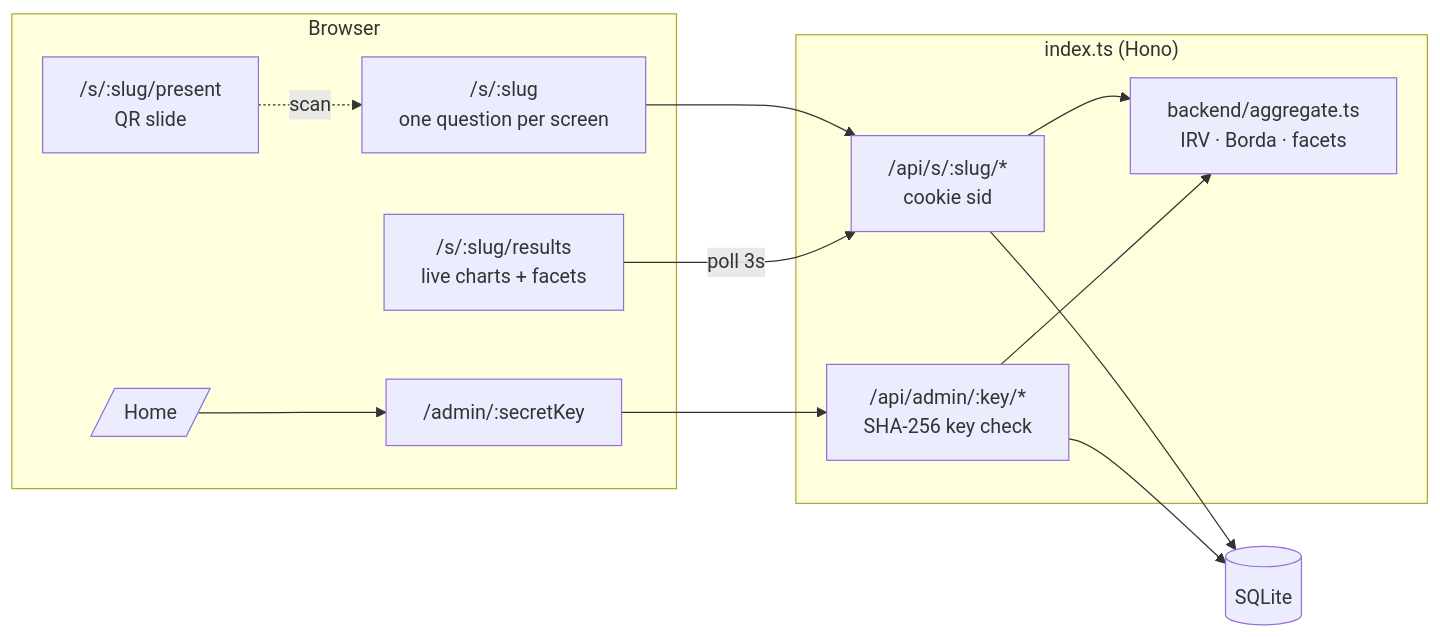
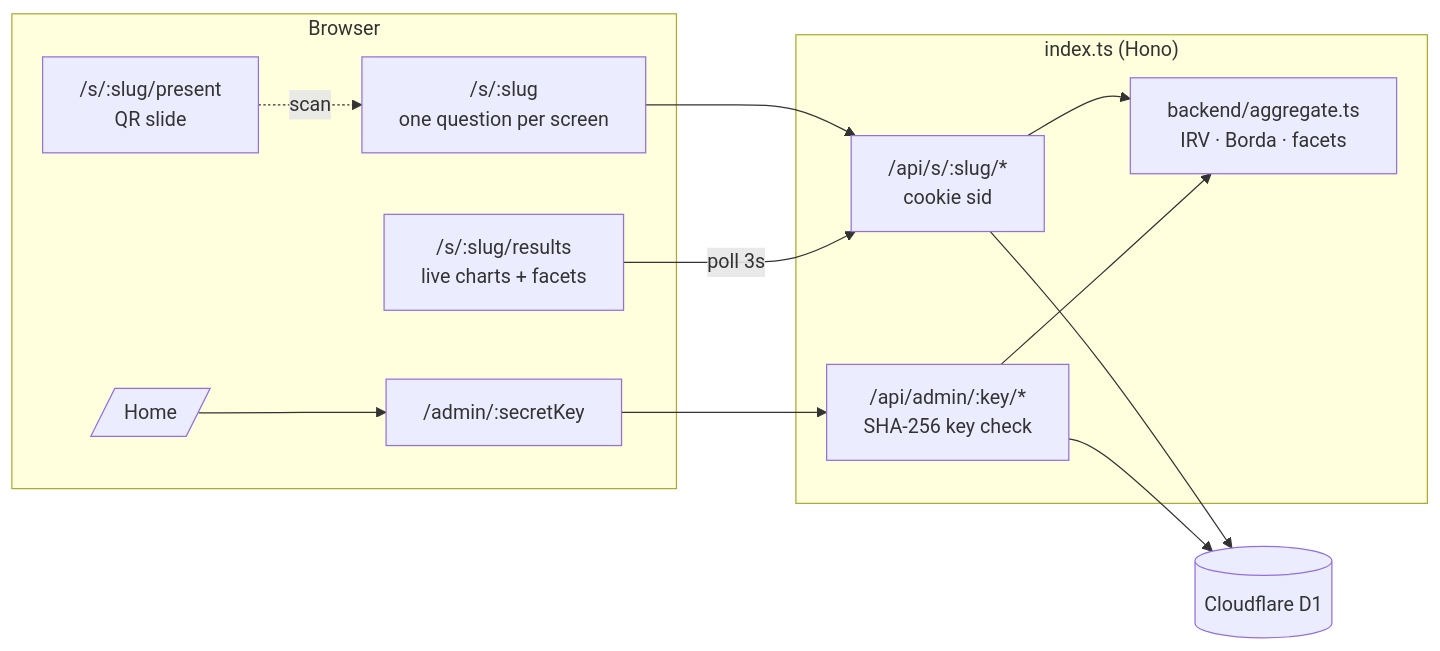
One commit to khxu/presentation-survey changed the diagram in README.md. Above: the diagram before and after it, drawn with Mermaid. The commit also changed other lines of this file and 58 other files, not shown here.

````diff
--- a/README.md
+++ b/README.md
@@ -173,17 +173,17 @@
 ```mermaid
 graph LR
   subgraph Browser
     Home[/ Home/] --> Admin["/admin/:secretKey"]
     QR["/s/:slug/present<br/>QR slide"] -.scan.-> Respond["/s/:slug<br/>one question per screen"]
     Results["/s/:slug/results<br/>live charts + facets"]
   end
   subgraph "index.ts (Hono)"
     API["/api/s/:slug/*<br/>cookie sid"]
     AdminAPI["/api/admin/:key/*<br/>SHA-256 key check"]
     Agg["backend/aggregate.ts<br/>IRV · Borda · facets"]
   end
-  Respond --> API --> DB[(SQLite)]
+  Respond --> API --> DB[(Cloudflare D1)]
   Results -->|poll 3s| API --> Agg
   Admin --> AdminAPI --> DB
   AdminAPI --> Agg
 ```
````
